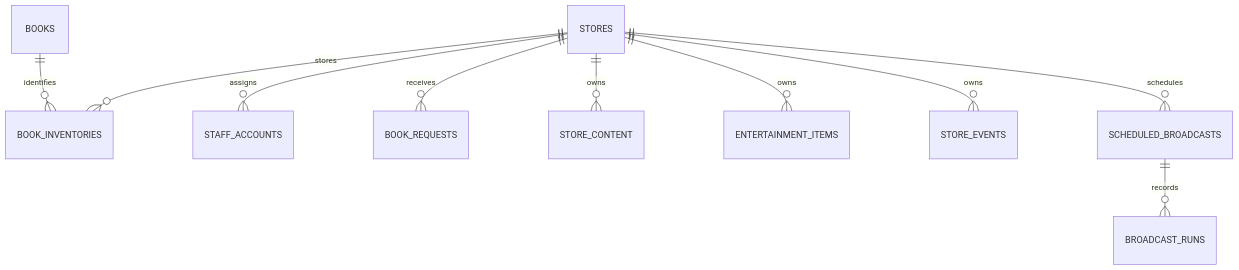
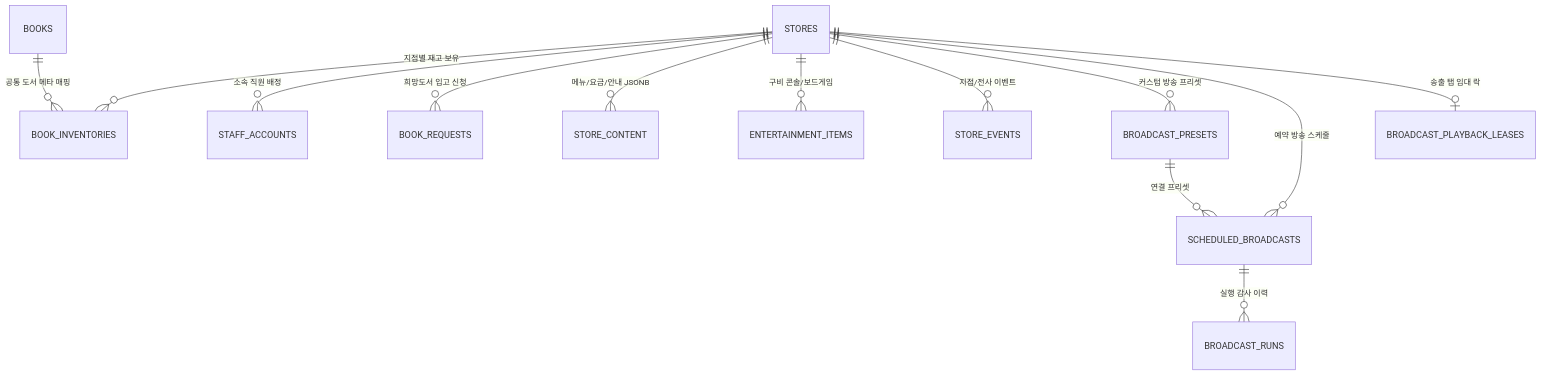
Before and after one commit to SHINJAEHEE-DEV/CartoonPlus: the diagram in docs/DATA_MODEL.md, drawn with Mermaid. The commit also changed other lines of this file and 2 other files, not shown here.

````diff
--- a/docs/DATA_MODEL.md
+++ b/docs/DATA_MODEL.md
@@ -13,12 +13,15 @@
 ```mermaid
 erDiagram
-    STORES ||--o{ BOOK_INVENTORIES : stores
-    BOOKS ||--o{ BOOK_INVENTORIES : identifies
-    STORES ||--o{ STAFF_ACCOUNTS : assigns
-    STORES ||--o{ BOOK_REQUESTS : receives
-    STORES ||--o{ STORE_CONTENT : owns
-    STORES ||--o{ ENTERTAINMENT_ITEMS : owns
-    STORES ||--o{ STORE_EVENTS : owns
-    STORES ||--o{ SCHEDULED_BROADCASTS : schedules
-    SCHEDULED_BROADCASTS ||--o{ BROADCAST_RUNS : records
+    STORES ||--o{ BOOK_INVENTORIES : "지점별 재고 보유"
+    BOOKS ||--o{ BOOK_INVENTORIES : "공통 도서 메타 매핑"
+    STORES ||--o{ STAFF_ACCOUNTS : "소속 직원 배정"
+    STORES ||--o{ BOOK_REQUESTS : "희망도서 입고 신청"
+    STORES ||--o{ STORE_CONTENT : "메뉴/요금/안내 JSONB"
+    STORES ||--o{ ENTERTAINMENT_ITEMS : "구비 콘솔/보드게임"
+    STORES ||--o{ STORE_EVENTS : "지점/전사 이벤트"
+    STORES ||--o{ BROADCAST_PRESETS : "커스텀 방송 프리셋"
+    STORES ||--o{ SCHEDULED_BROADCASTS : "예약 방송 스케줄"
+    BROADCAST_PRESETS ||--o{ SCHEDULED_BROADCASTS : "연결 프리셋"
+    SCHEDULED_BROADCASTS ||--o{ BROADCAST_RUNS : "실행 감사 이력"
+    STORES ||--o| BROADCAST_PLAYBACK_LEASES : "송출 탭 임대 락"
 ```
````
